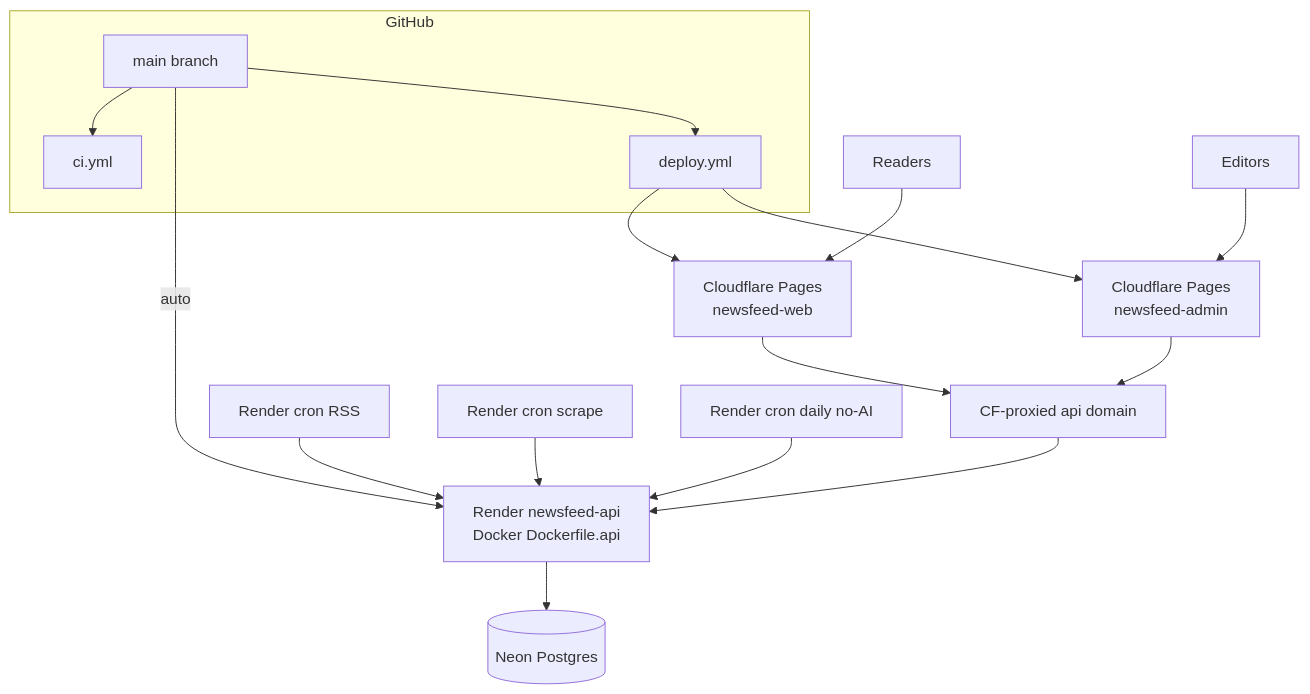
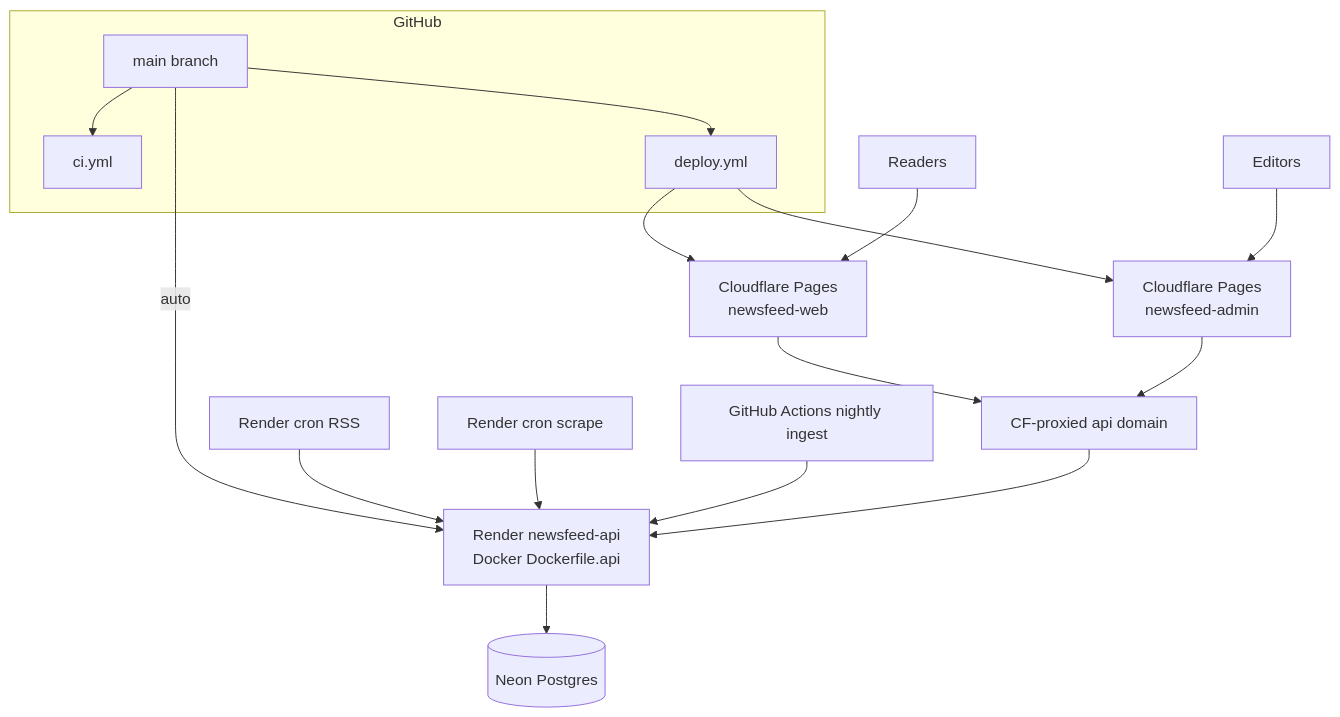
Before and after one commit to sshivanshg/TAZAkhabar: the diagram in docs/architecture/08-hosting-and-ci.md, drawn with Mermaid. The commit also changed other lines of this file and 5 other files, not shown here.

Commit message:
Move nightly ingest scheduling to GitHub Actions

````diff
--- a/docs/architecture/08-hosting-and-ci.md
+++ b/docs/architecture/08-hosting-and-ci.md
@@ -17,23 +17,23 @@
 ```mermaid
 flowchart TB
   subgraph gh [GitHub]
     Main[main branch]
     CI[ci.yml]
     Deploy[deploy.yml]
   end
 
   Main --> CI
   Main -->|auto| Render[Render newsfeed-api<br/>Docker Dockerfile.api]
   Main --> Deploy
   Deploy --> PagesWeb[Cloudflare Pages<br/>newsfeed-web]
   Deploy --> PagesAdmin[Cloudflare Pages<br/>newsfeed-admin]
   Render --> Neon[(Neon Postgres)]
   CronRSS[Render cron RSS] --> Render
   CronScrape[Render cron scrape] --> Render
-  CronDaily[Render cron daily no-AI] --> Render
+  CronDaily[GitHub Actions nightly ingest] --> Render
   Readers[Readers] --> PagesWeb
   Editors[Editors] --> PagesAdmin
   PagesWeb --> CFAPI[CF-proxied api domain]
   PagesAdmin --> CFAPI
   CFAPI --> Render
 ```
````
